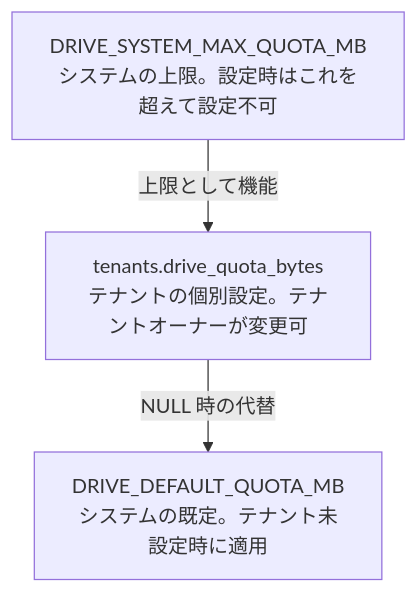
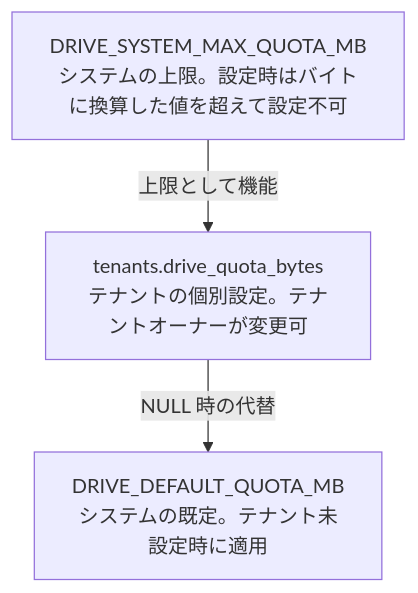
One commit to koyori-app/task changed the diagram in docs/features/drive/quota.md. Above: the diagram before and after it, drawn with Mermaid. The commit also changed other lines of this file, not shown here.

Commit message:
fix(docs): Drive のクォータの比較がバイト単位であることを明記する (TASK-446)

````diff
--- a/docs/features/drive/quota.md
+++ b/docs/features/drive/quota.md
@@ -21,8 +21,8 @@
 ```mermaid
 flowchart TD
-  max["DRIVE_SYSTEM_MAX_QUOTA_MB<br/>システムの上限。設定時はこれを超えて設定不可"]
+  max["DRIVE_SYSTEM_MAX_QUOTA_MB<br/>システムの上限。設定時はバイトに換算した値を超えて設定不可"]
   tenant["tenants.drive_quota_bytes<br/>テナントの個別設定。テナントオーナーが変更可"]
   default_quota["DRIVE_DEFAULT_QUOTA_MB<br/>システムの既定。テナント未設定時に適用"]
   max -->|"上限として機能"| tenant
   tenant -->|"NULL 時の代替"| default_quota
 ```
````
